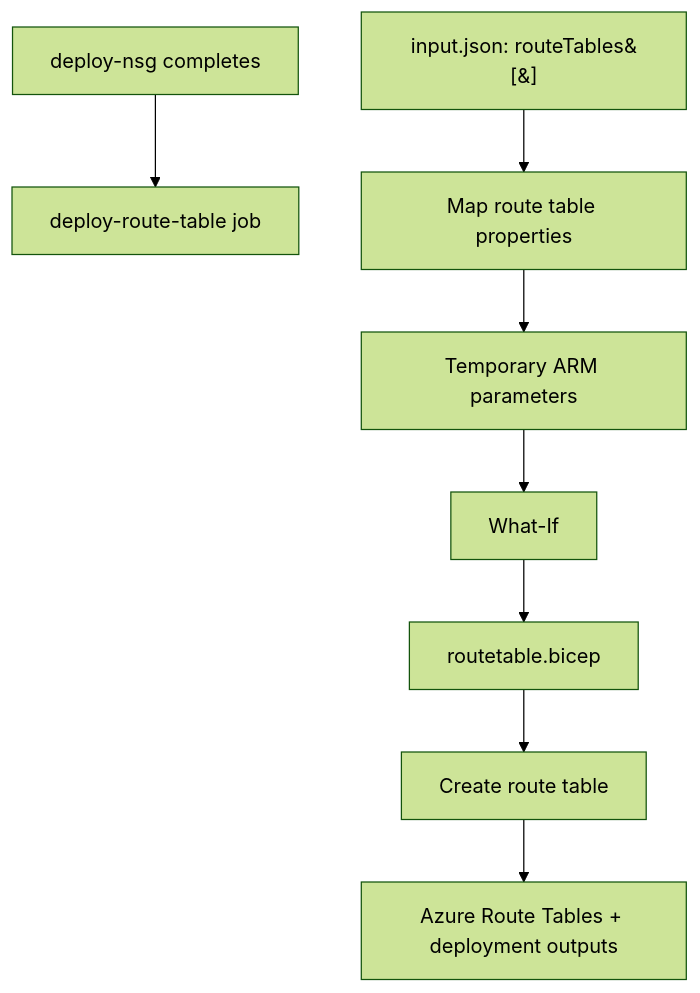
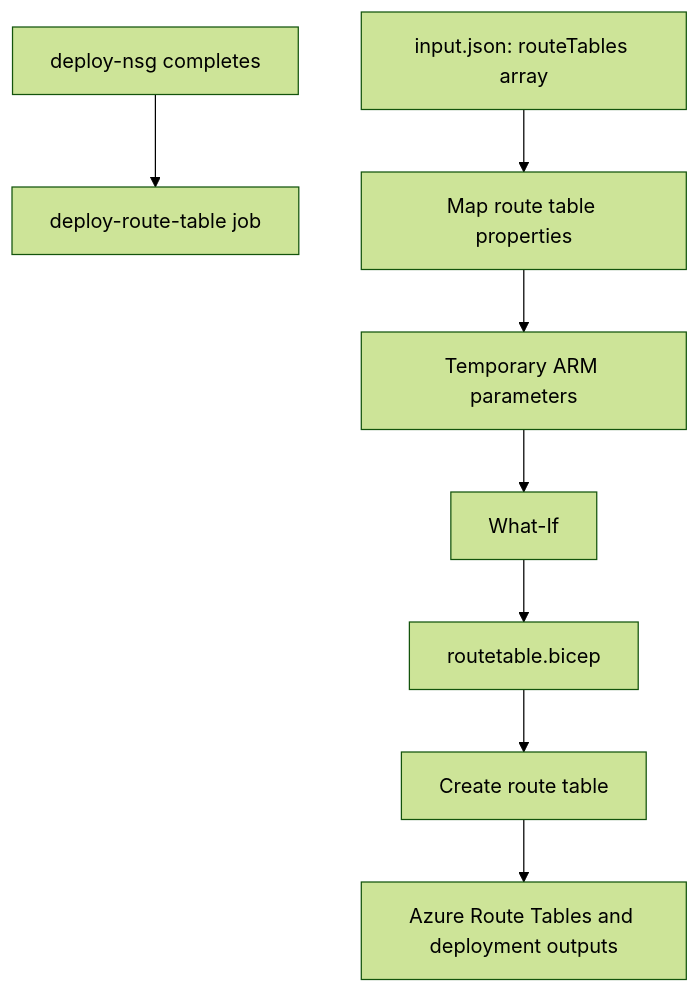
Before and after one commit to PROMETHEUS-N/BIFROST_NEW: the diagram in modules/networking/routetable.md, drawn with Mermaid (forest theme).

Commit message:
docs: make Mermaid node labels GitHub-parser safe

````diff
--- a/modules/networking/routetable.md
+++ b/modules/networking/routetable.md
@@ -38,10 +38,10 @@
 ```mermaid
 flowchart TD
-  A[deploy-nsg completes] --> B[deploy-route-table job]
-  C[input.json: routeTables&#91;&#93;] --> D[Map route table properties]
-  D --> E[Temporary ARM parameters]
-  E --> F[What-If]
-  F --> G[routetable.bicep]
-  G --> H[Create route table]
-  H --> I[Azure Route Tables + deployment outputs]
+ A["deploy-nsg completes"] --> B["deploy-route-table job"]
+ C["input.json: routeTables array"] --> D["Map route table properties"]
+ D --> E["Temporary ARM parameters"]
+ E --> F["What-If"]
+ F --> G["routetable.bicep"]
+ G --> H["Create route table"]
+ H --> I["Azure Route Tables and deployment outputs"]
 ```
````
